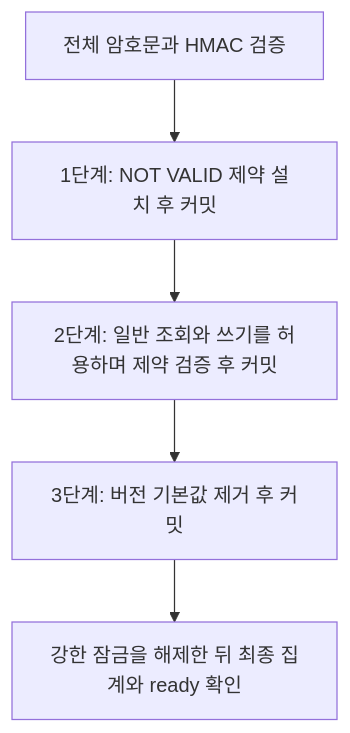
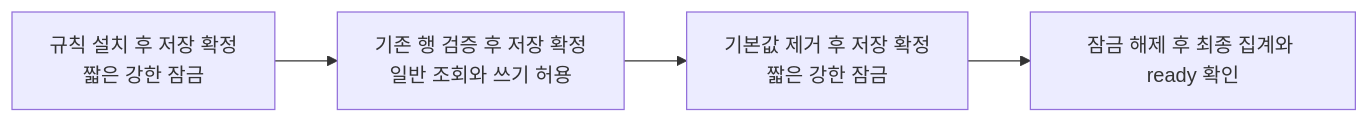
One commit to woowacourse-teams/2026-Harudle changed the first of 5 diagrams in backend/docs/diary-source-text-finalize-measurement.md. Above: the diagram before and after it, drawn with Mermaid. The commit also changed other lines of this file and 4 other files, not shown here.

````diff
--- a/backend/docs/diary-source-text-finalize-measurement.md
+++ b/backend/docs/diary-source-text-finalize-measurement.md
@@ -6,7 +10,6 @@
 ```mermaid
-flowchart TD
-    verify["전체 암호문과 HMAC 검증"] --> install["1단계: NOT VALID 제약 설치 후 커밋"]
-    install --> validate["2단계: 일반 조회와 쓰기를 허용하며 제약 검증 후 커밋"]
-    validate --> remove["3단계: 버전 기본값 제거 후 커밋"]
-    remove --> ready["강한 잠금을 해제한 뒤 최종 집계와 ready 확인"]
+flowchart LR
+    install["규칙 설치 후 저장 확정<br/>짧은 강한 잠금"] --> validate["기존 행 검증 후 저장 확정<br/>일반 조회와 쓰기 허용"]
+    validate --> remove["기본값 제거 후 저장 확정<br/>짧은 강한 잠금"]
+    remove --> ready["잠금 해제 후 최종 집계와 ready 확인"]
 ```
````
